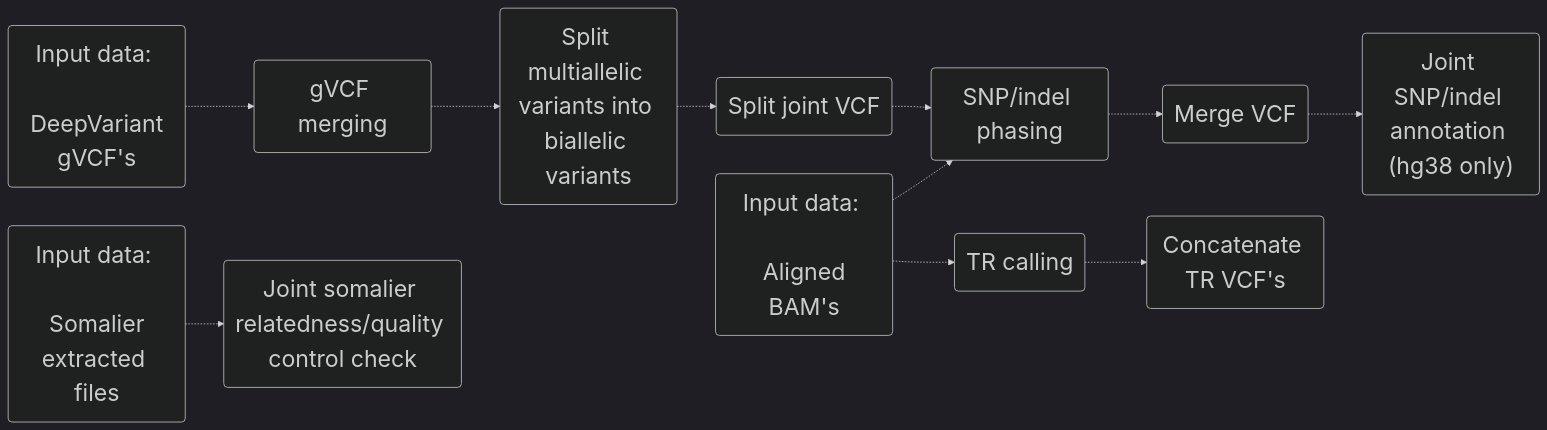
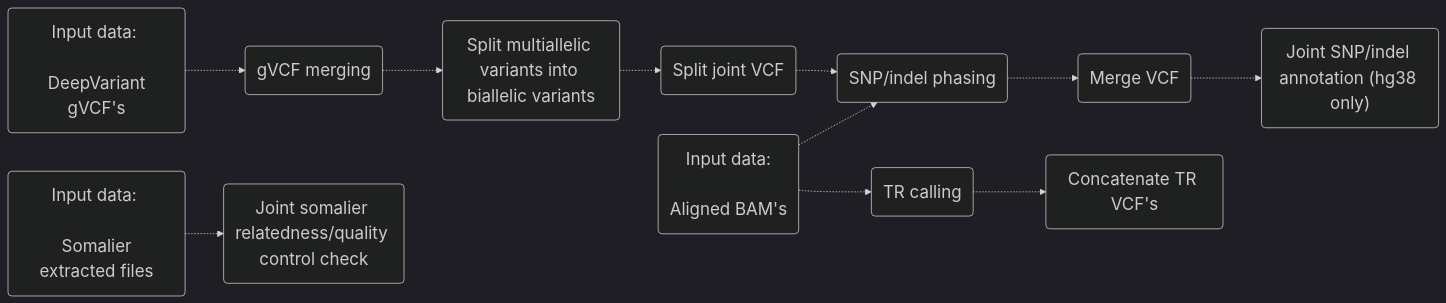
Before and after one commit to leahkemp/pipeface: the diagram in docs/popface/info.md, drawn with Mermaid. The commit also changed 1 other file, not shown here.

Commit message:
avoid tolbar covering diagrams

````diff
--- a/docs/popface/info.md
+++ b/docs/popface/info.md
@@ -5,24 +5,24 @@
 ```mermaid
-%%{init: {'theme':'dark', 'themeVariables': {'fontSize': '30px'}}}%%
+%%{init:{'theme':'dark','themeVariables':{'fontSize':'22px'},'flowchart':{'diagramPadding':200}}}%%
 flowchart LR
 
 input_gvcf("Input data: <br><br> DeepVariant gVCF's")
 input_bam("Input data: <br><br> Aligned BAM's")
 gvcf_merging("gVCF merging")
 joint_split_multiallele("Split multiallelic variants into biallelic variants")
 split_vcf("Split joint VCF")
 snp_indel_phasing("SNP/indel phasing")
 merge_vcf("Merge VCF")
 joint_snp_indel_annotation("Joint SNP/indel annotation (hg38 only)")
 tr_calling("TR calling")
 concat_vcf("Concatenate TR VCF's")
 
 input_somalier("Input data: <br><br> Somalier extracted files")
 joint_somalier("Joint somalier relatedness/quality control check")
 
 input_gvcf-.->gvcf_merging-.->joint_split_multiallele-.->split_vcf-.->snp_indel_phasing-.->merge_vcf-.->joint_snp_indel_annotation
 input_bam-.->snp_indel_phasing
 input_bam-.->tr_calling-.->concat_vcf
 input_somalier-.->joint_somalier
 
 ```
````
